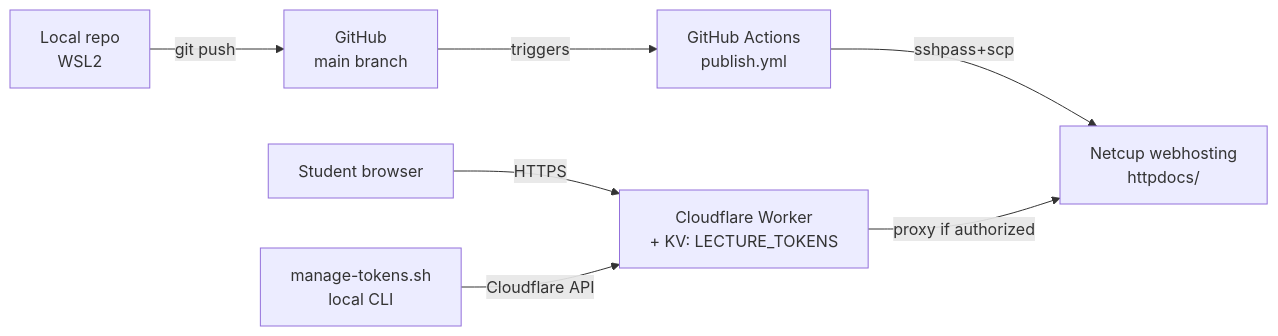
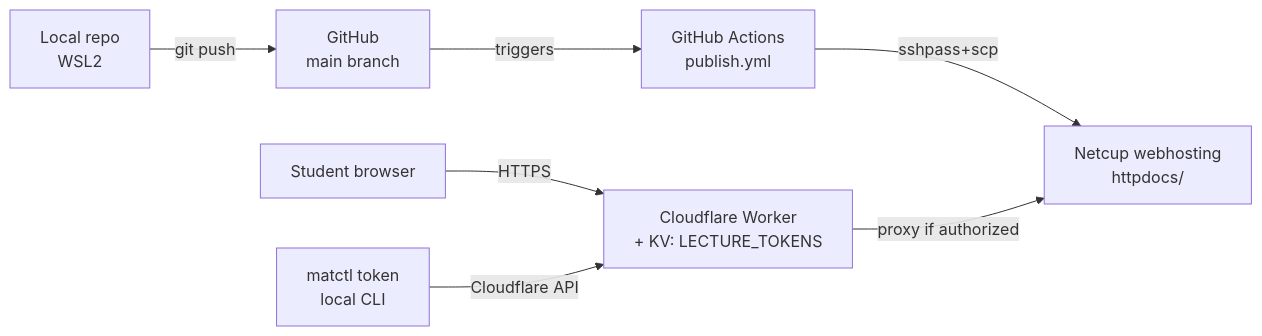
One commit to dr-froehlich/material-core changed the first of 3 diagrams in docs/administration.md. Above: the diagram before and after it, drawn with Mermaid. The commit also changed other lines of this file and 4 other files, not shown here.

````diff
--- a/docs/administration.md
+++ b/docs/administration.md
@@ -25,17 +25,17 @@
 ```mermaid
 flowchart LR
     Dev[Local repo<br/>WSL2]
     GH[GitHub<br/>main branch]
     GA[GitHub Actions<br/>publish.yml]
     NC[Netcup webhosting<br/>httpdocs/]
     CF[Cloudflare Worker<br/>+ KV: LECTURE_TOKENS]
     Stud[Student browser]
-    Mgmt[manage-tokens.sh<br/>local CLI]
+    Mgmt[matctl token<br/>local CLI]
 
     Dev -- git push --> GH
     GH -- triggers --> GA
     GA -- sshpass+scp --> NC
     Stud -- HTTPS --> CF
     CF -- proxy if authorized --> NC
     Mgmt -- Cloudflare API --> CF
 ```
````
